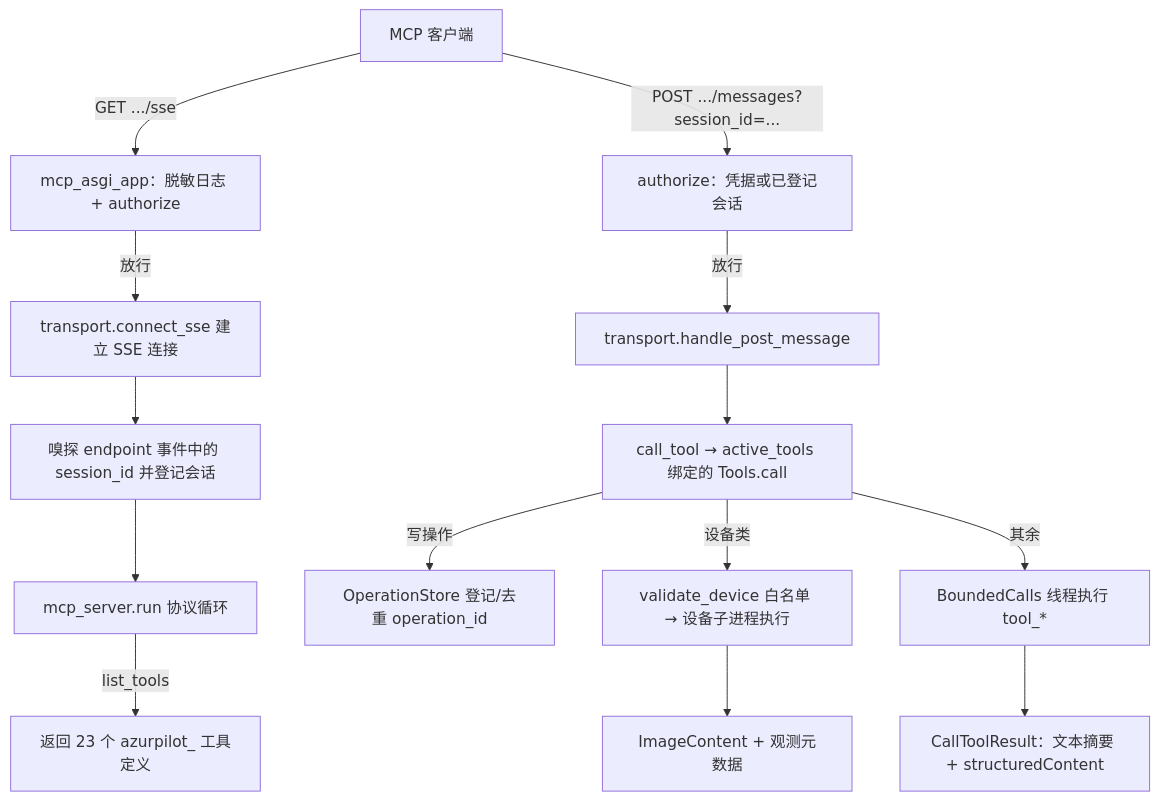
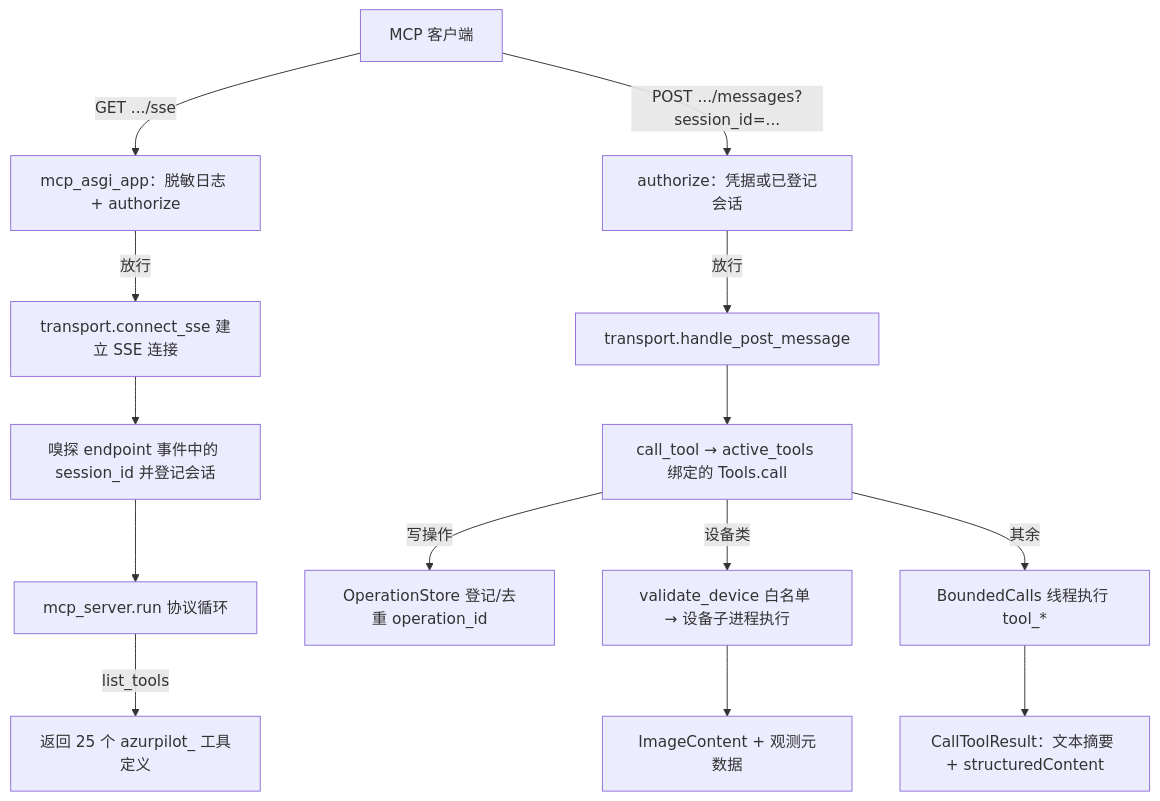
One commit to wess09/AzurPilot changed the first of 4 diagrams in docs/modules/entry/mcp-server.md. Above: the diagram before and after it, drawn with Mermaid. The commit also changed other lines of this file and 11 other files, not shown here.

````diff
--- a/docs/modules/entry/mcp-server.md
+++ b/docs/modules/entry/mcp-server.md
@@ -153,16 +176,16 @@
 ```mermaid
 flowchart TD
     A["MCP 客户端"] -->|"GET .../sse"| B["mcp_asgi_app：脱敏日志 + authorize"]
     B -->|"放行"| C["transport.connect_sse 建立 SSE 连接"]
     C --> D["嗅探 endpoint 事件中的 session_id 并登记会话"]
     D --> E["mcp_server.run 协议循环"]
-    E -->|"list_tools"| F["返回 23 个 azurpilot_ 工具定义"]
+    E -->|"list_tools"| F["返回 25 个 azurpilot_ 工具定义"]
     A -->|"POST .../messages?session_id=..."| G["authorize：凭据或已登记会话"]
     G -->|"放行"| H["transport.handle_post_message"]
     H --> I["call_tool → active_tools 绑定的 Tools.call"]
     I -->|"写操作"| J["OperationStore 登记/去重 operation_id"]
     I -->|"设备类"| K["validate_device 白名单 → 设备子进程执行"]
     I -->|"其余"| L["BoundedCalls 线程执行 tool_*"]
     K --> M["ImageContent + 观测元数据"]
     L --> N["CallToolResult：文本摘要 + structuredContent"]
 ```
````
